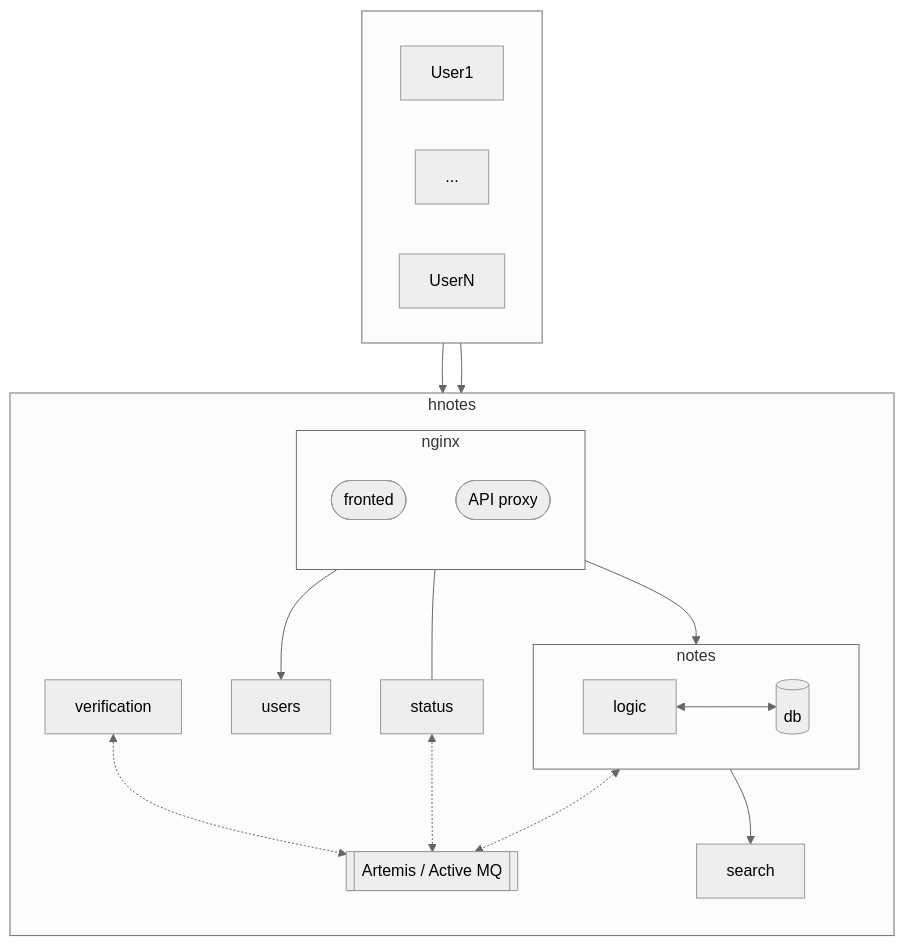
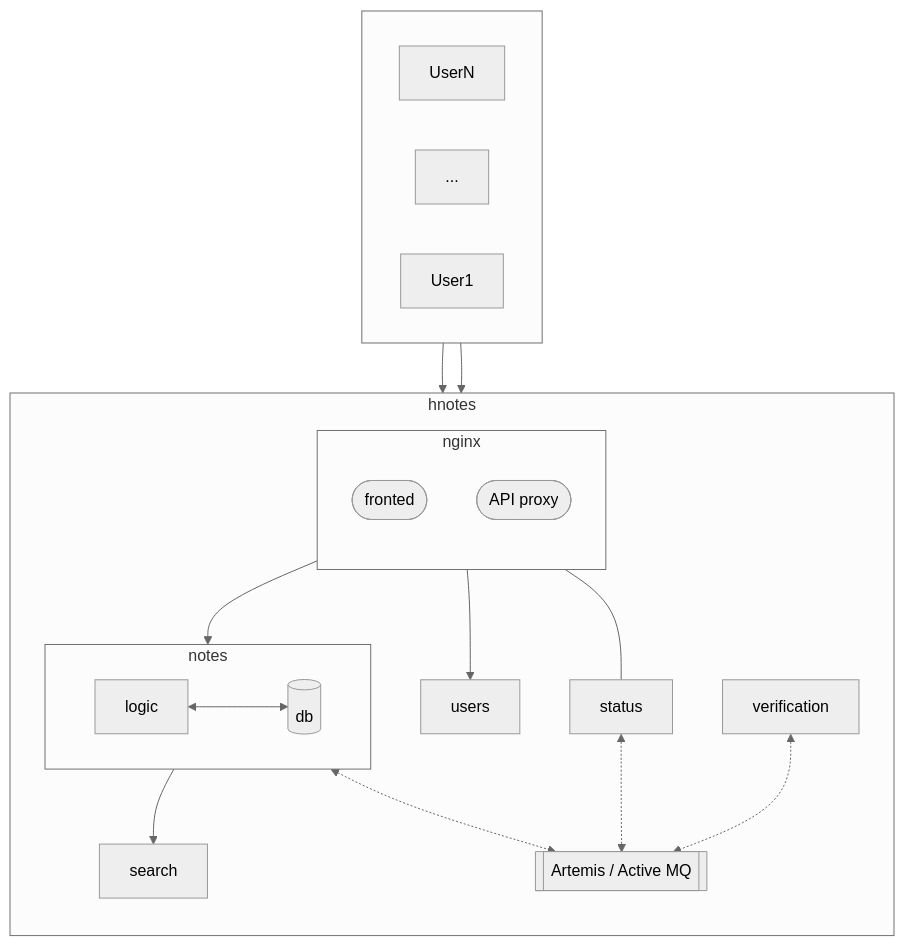
One commit to mateusz-holenko/hnotes changed the diagram in README.md. Above: the diagram before and after it, drawn with Mermaid (neutral theme). The commit also changed other lines of this file, not shown here.

````diff
--- a/README.md
+++ b/README.md
@@ -20,47 +20,49 @@
 ```mermaid
 
 flowchart TB
   direction TB
   subgraph WORLD[" "]
     direction LR
+    UN["UserN"]
+    U2["..."]
     U1["User1"]
-    U2["..."]
-    UN["UserN"]
   end
   subgraph HN["hnotes"]
     direction TB
     subgraph NG["nginx"]
         direction TB
-        Angular(["fronted"])
+        FR(["fronted"])
         API(["API proxy"])
     end
     US["users"]
     ST["status"]
     VE["verification"]
     SE["search"]
-    subgraph NO["notes"]
+    subgraph SB_NO["notes"]
         direction LR
-        logic <--> db[("db")]
+        NO["logic"] <--> db[("db")]
     end
 
     BR[["Artemis / Active MQ"]]
 
     API --> NO
     API --> US
 
     NO --> SE
     
     NO <-.-> BR
     VE <-.-> BR
     ST <-.-> BR 
    end
 
   U1 --> NG
   UN --> NG
   NG --- ST
 
-  click Angular "https://github.com/mateusz-holenko/hnotes/tree/main/frontend" "Frontend application source code"
-  click logic "https://github.com/mateusz-holenko/hnotes/tree/main/backend/notes_service" "Notes Service source code"
-  %% click SE "https://github.com/mateusz-holenko/hnotes/tree/main/backend/notes_service" "Users Service source code"
-  click US "https://github.com/mateusz-holenko/hnotes/tree/main/backend/users_service" "Users Service source code"
+  click FR "https://github.com/mateusz-holenko/hnotes/tree/readme?tab=readme-ov-file#frontend-application" "Frontend application"
+  click NO "https://github.com/mateusz-holenko/hnotes/tree/readme?tab=readme-ov-file#notes-service" "Notes Service"
+  click US "https://github.com/mateusz-holenko/hnotes/tree/readme?tab=readme-ov-file#users-service" "Users Service"
+  click US "https://github.com/mateusz-holenko/hnotes/tree/readme?tab=readme-ov-file#status-service" "Status Service"
+  click VS "https://github.com/mateusz-holenko/hnotes/tree/readme?tab=readme-ov-file#verification-service" "Verification Service"
+  click BR "https://github.com/mateusz-holenko/hnotes/tree/readme?tab=readme-ov-file#message-broker" "Message Broker"
 ```
````
